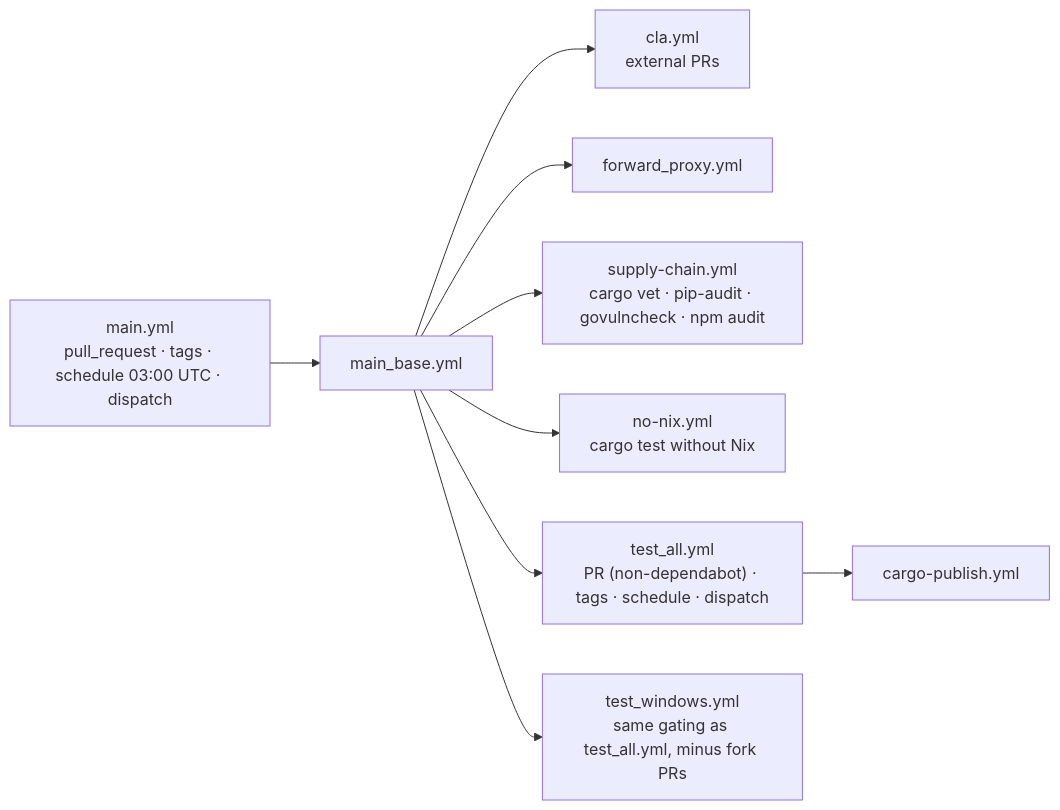
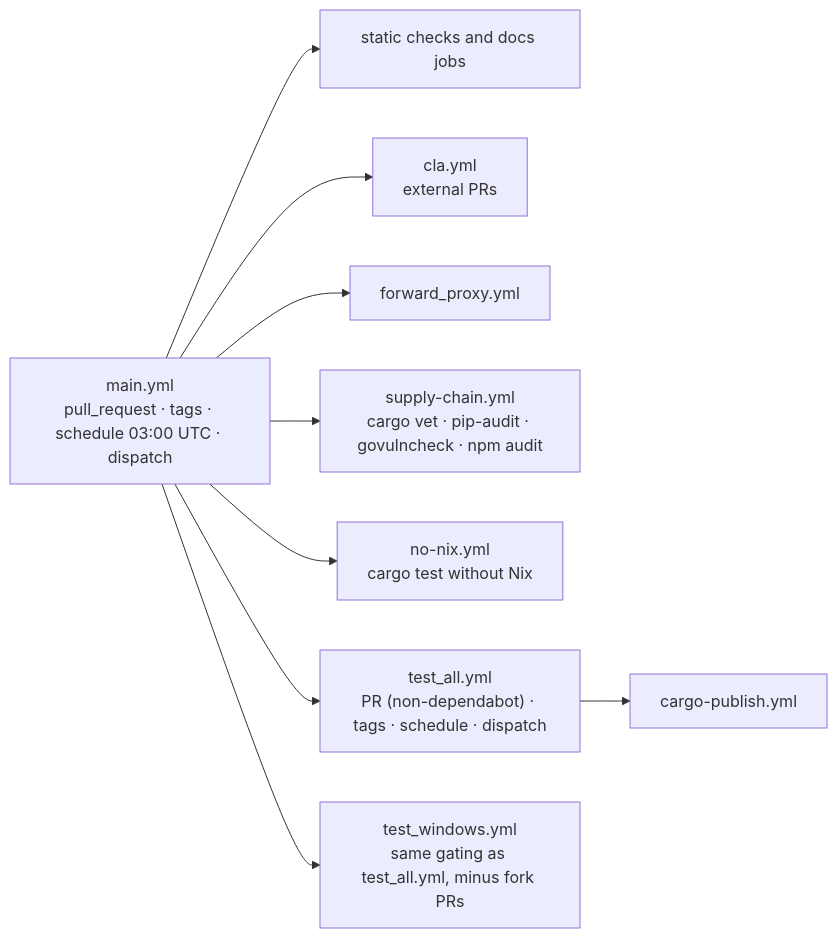
Before and after one commit to Cosmian/kms: the first of 3 diagrams in .github/workflows/README_main.md, drawn with Mermaid. The commit also changed other lines of this file and 5 other files, not shown here.

Commit message:
ci: call jobs directly from main.yml (drop main_base.yml) so the run page groups them by area

````diff
--- a/.github/workflows/README_main.md
+++ b/.github/workflows/README_main.md
@@ -18,15 +18,15 @@
 ```mermaid
 flowchart LR
     Main["main.yml<br/>pull_request · tags · schedule 03:00 UTC · dispatch"]
-    Base["main_base.yml"]
+    Static["static checks and docs jobs"]
     Cla["cla.yml<br/>external PRs"]
     Proxy["forward_proxy.yml"]
     Supply["supply-chain.yml<br/>cargo vet · pip-audit · govulncheck · npm audit"]
     NoNixWf["no-nix.yml<br/>cargo test without Nix"]
     TestAll["test_all.yml<br/>PR (non-dependabot) · tags · schedule · dispatch"]
     Win["test_windows.yml<br/>same gating as test_all.yml, minus fork PRs"]
     Pub["cargo-publish.yml"]
-    Main --> Base
-    Base --> Cla & Supply & NoNixWf & Proxy & Win & TestAll
+    Main --> Static
+    Main --> Cla & Supply & NoNixWf & Proxy & Win & TestAll
     TestAll --> Pub
 ```
````
